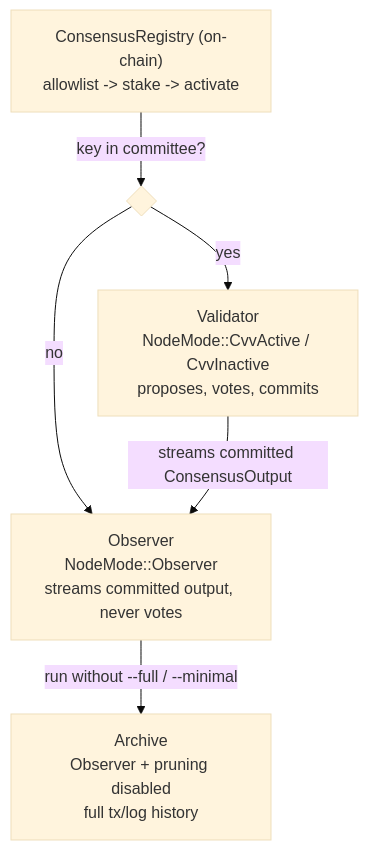
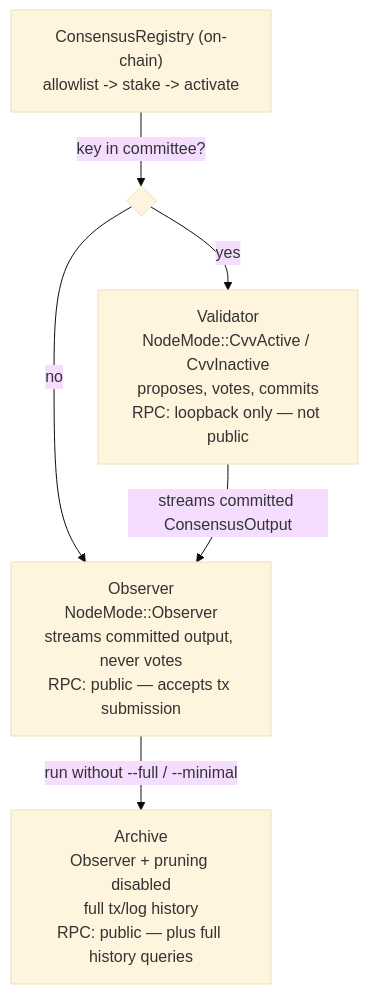
One commit to raylsnetwork/axyl changed the diagram in doc/node-types.md. Above: the diagram before and after it, drawn with Mermaid (base theme).

Commit message:
docs(node-types): add RPC exposure/public-access to the architecture diagram
Issue #48 asked the diagram to cover consensus participation, state, RPC
exposure, and public access. RPC exposure/public access were only in the
comparison table and prose, not the diagram graphic — add a per-node RPC
line so the diagram carries all four dimensions.

````diff
--- a/doc/node-types.md
+++ b/doc/node-types.md
@@ -29,9 +29,9 @@
 ```mermaid
 flowchart TD
     CR["ConsensusRegistry (on-chain)<br/>allowlist -> stake -> activate"]
     CR -->|"key in committee?"| Q{ }
-    Q -->|yes| V["Validator<br/>NodeMode::CvvActive / CvvInactive<br/>proposes, votes, commits"]
-    Q -->|no| O["Observer<br/>NodeMode::Observer<br/>streams committed output, never votes"]
+    Q -->|yes| V["Validator<br/>NodeMode::CvvActive / CvvInactive<br/>proposes, votes, commits<br/>RPC: loopback only — not public"]
+    Q -->|no| O["Observer<br/>NodeMode::Observer<br/>streams committed output, never votes<br/>RPC: public — accepts tx submission"]
     V -->|"streams committed ConsensusOutput"| O
-    O -->|"run without --full / --minimal"| A["Archive<br/>Observer + pruning disabled<br/>full tx/log history"]
+    O -->|"run without --full / --minimal"| A["Archive<br/>Observer + pruning disabled<br/>full tx/log history<br/>RPC: public — plus full history queries"]
 ```
````
